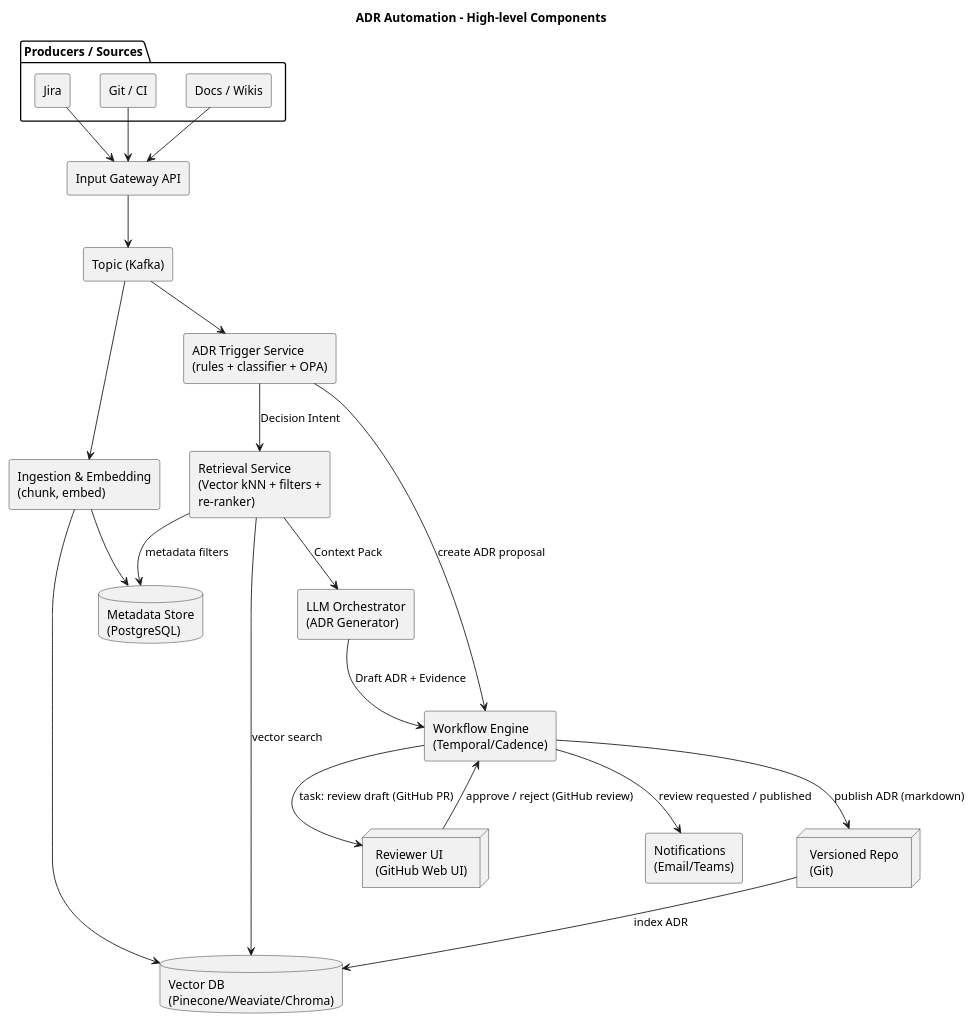
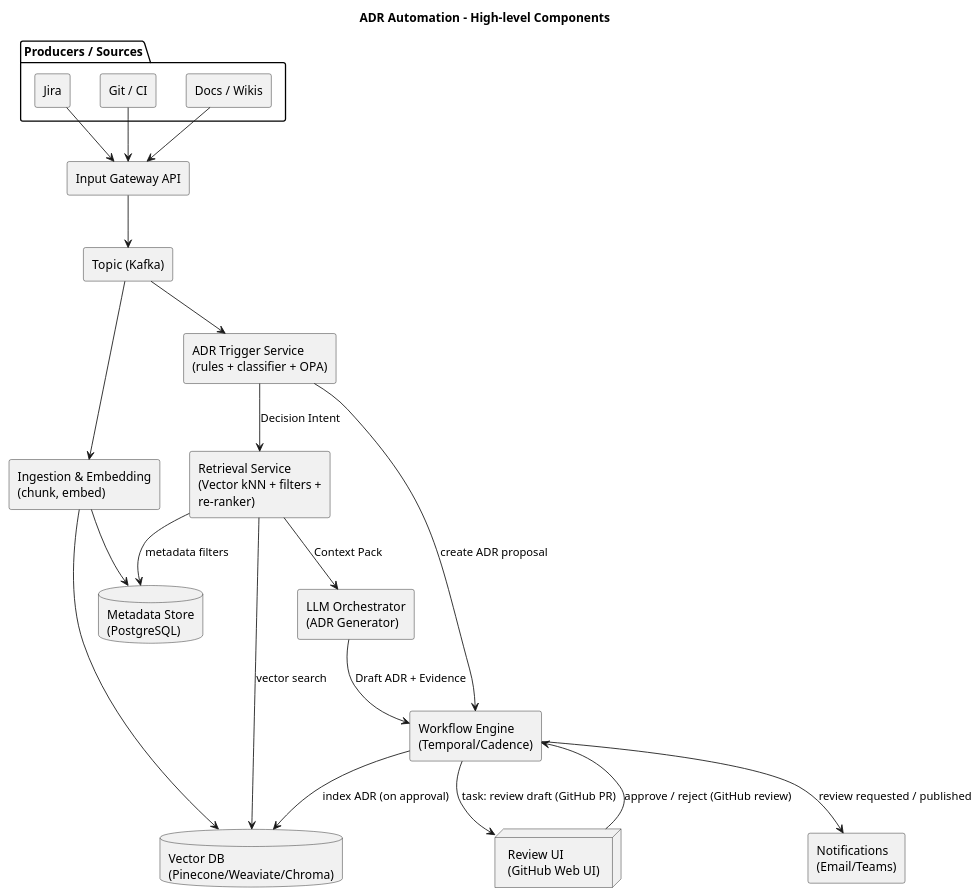
The diagram in docs/ADR-version2.puml (dblanari/ADR-Copilot), drawn with PlantUML before and after one commit. The commit also changed 1 other file, not shown here.

```diff
--- a/docs/ADR-version2.puml
+++ b/docs/ADR-version2.puml
@@ -1,54 +1,52 @@
 @startuml
 skinparam componentStyle rectangle
 skinparam wrapWidth 200
 title ADR Automation – High-level Components
 
 package "Producers / Sources" {
   [Jira] as JIRA
   [Git / CI] as GIT
   [Docs / Wikis] as DOCS
 }
 
 component "Input Gateway API" as GATEWAY
 component "Topic (Kafka)" as BUS
 component "Ingestion & Embedding\n(chunk, embed)" as INGEST
 database "Vector DB\n(Pinecone/Weaviate/Chroma)" as VDB
 database "Metadata Store\n(PostgreSQL)" as SQL
 component "ADR Trigger Service\n(rules + classifier + OPA)" as TRIGGER
 component "Retrieval Service\n(Vector kNN + filters + re-ranker)" as RETR
 component "LLM Orchestrator\n(ADR Generator)" as LLM
 component "Workflow Engine\n(Temporal/Cadence)" as WF
-node "Reviewer UI\n(GitHub Web UI)" as UI
+node "Review UI\n(GitHub Web UI)" as REVIEW_UI
 component "Notifications\n(Email/Teams)" as NOTIF
-node "Versioned Repo\n(Git)" as GITREPO
 
 JIRA --> GATEWAY
 GIT --> GATEWAY
 DOCS --> GATEWAY
 
 GATEWAY --> BUS
 BUS --> INGEST
 INGEST --> VDB
 INGEST --> SQL
 
 ' Triggers on events or labels
 BUS --> TRIGGER
 TRIGGER --> WF : create ADR proposal
 
 ' Retrieval and generation path
 TRIGGER --> RETR : Decision Intent
 RETR --> VDB : vector search
 RETR --> SQL : metadata filters
 RETR --> LLM : Context Pack
 
 LLM --> WF : Draft ADR + Evidence
 
 ' Human-in-the-loop
-WF --> UI : task: review draft (GitHub PR)
-UI --> WF : approve / reject (GitHub review)
-WF --> GITREPO : publish ADR (markdown)
-GITREPO --> VDB : index ADR
+WF --> REVIEW_UI : task: review draft (GitHub PR)
+REVIEW_UI --> WF : approve / reject (GitHub review)
+WF --> VDB : index ADR (on approval)
 
 ' Notifications
 WF --> NOTIF : review requested / published
 @enduml
```
